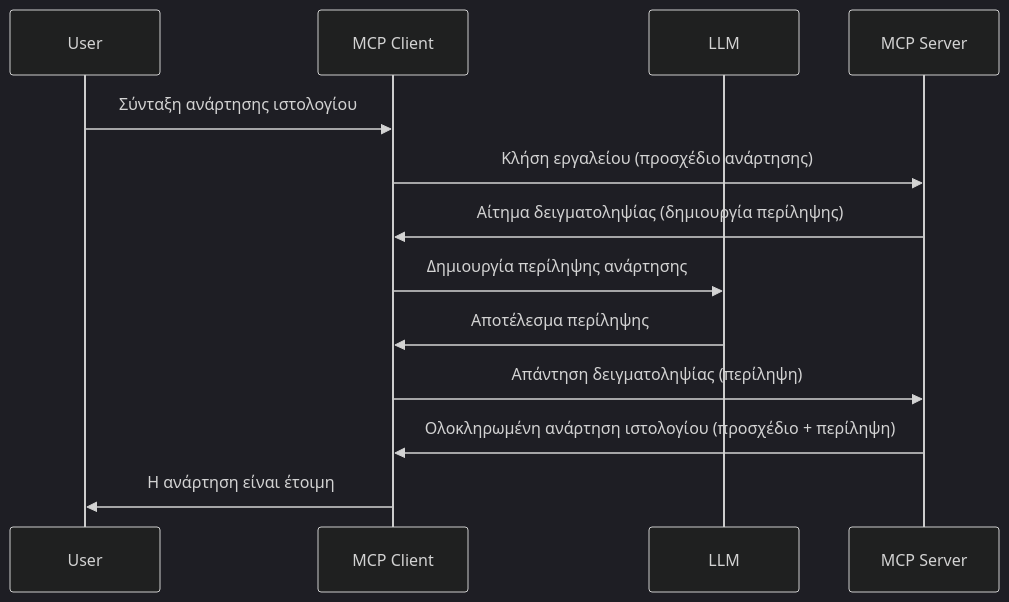
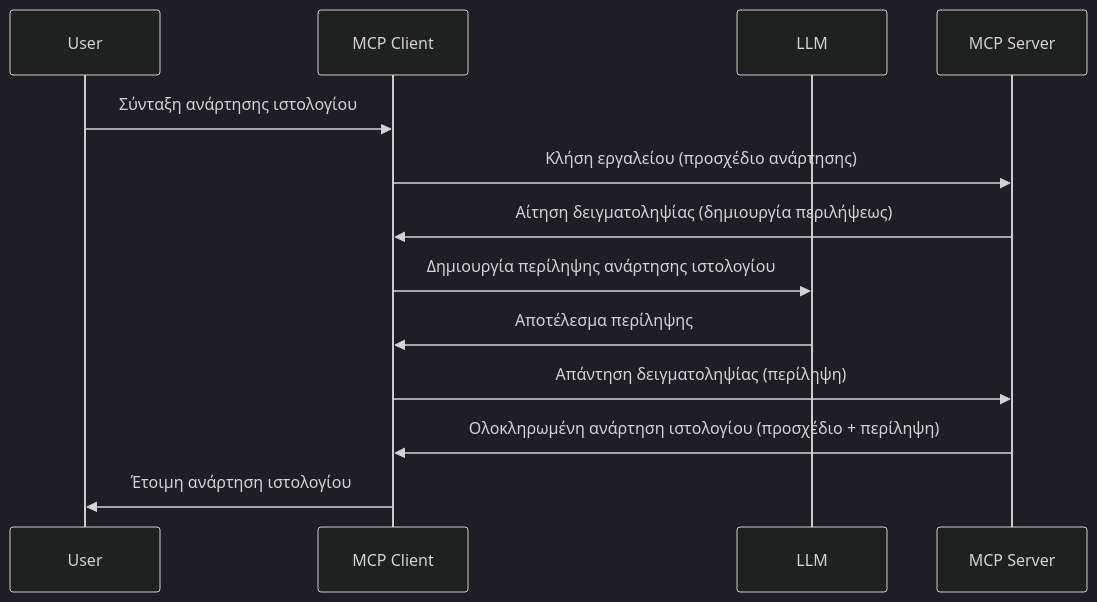
Before and after one commit to HIDORAKAI002/ai-workspace-archive: the diagram in mcp_ecosystem__model_context_protocol/mcp_learning_resources/mcp-for-beginners/translations/el/03-GettingStarted/14-sampling/README.md, drawn with Mermaid (dark theme). The commit also changed other lines of this file and 1539 other files, not shown here.

````diff
--- a/mcp_ecosystem__model_context_protocol/mcp_learning_resources/mcp-for-beginners/translations/el/03-GettingStarted/14-sampling/README.md
+++ b/mcp_ecosystem__model_context_protocol/mcp_learning_resources/mcp-for-beginners/translations/el/03-GettingStarted/14-sampling/README.md
@@ -23,16 +23,16 @@
 ```mermaid
 sequenceDiagram
     participant User
     participant MCP Client
     participant LLM
     participant MCP Server
 
     User->>MCP Client: Σύνταξη ανάρτησης ιστολογίου
     MCP Client->>MCP Server: Κλήση εργαλείου (προσχέδιο ανάρτησης)
-    MCP Server->>MCP Client: Αίτημα δειγματοληψίας (δημιουργία περίληψης)
-    MCP Client->>LLM: Δημιουργία περίληψης ανάρτησης
+    MCP Server->>MCP Client: Αίτηση δειγματοληψίας (δημιουργία περιλήψεως)
+    MCP Client->>LLM: Δημιουργία περίληψης ανάρτησης ιστολογίου
     LLM->>MCP Client: Αποτέλεσμα περίληψης
     MCP Client->>MCP Server: Απάντηση δειγματοληψίας (περίληψη)
     MCP Server->>MCP Client: Ολοκληρωμένη ανάρτηση ιστολογίου (προσχέδιο + περίληψη)
-    MCP Client->>User: Η ανάρτηση είναι έτοιμη
+    MCP Client->>User: Έτοιμη ανάρτηση ιστολογίου
 ```
````
